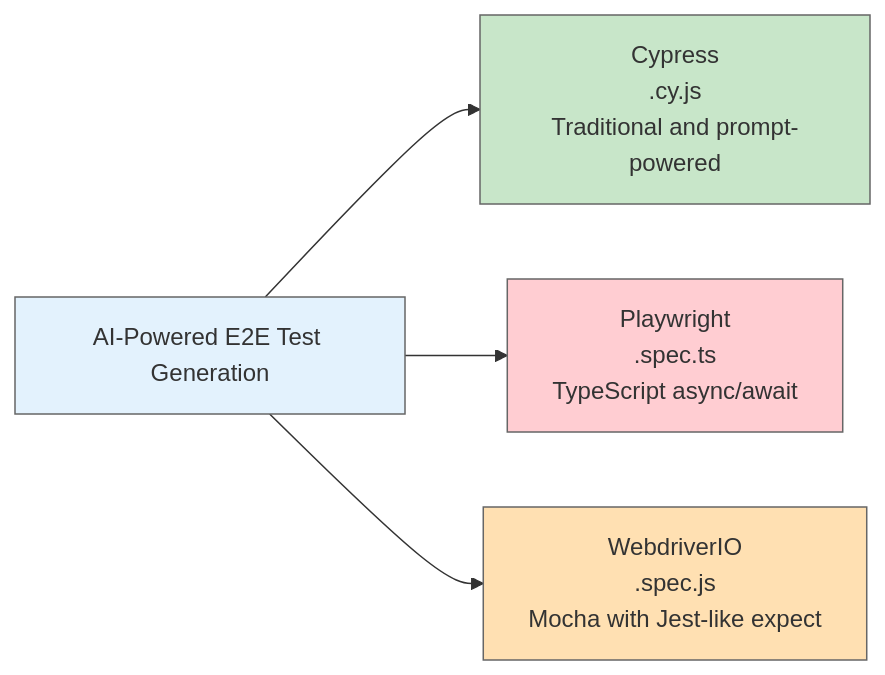
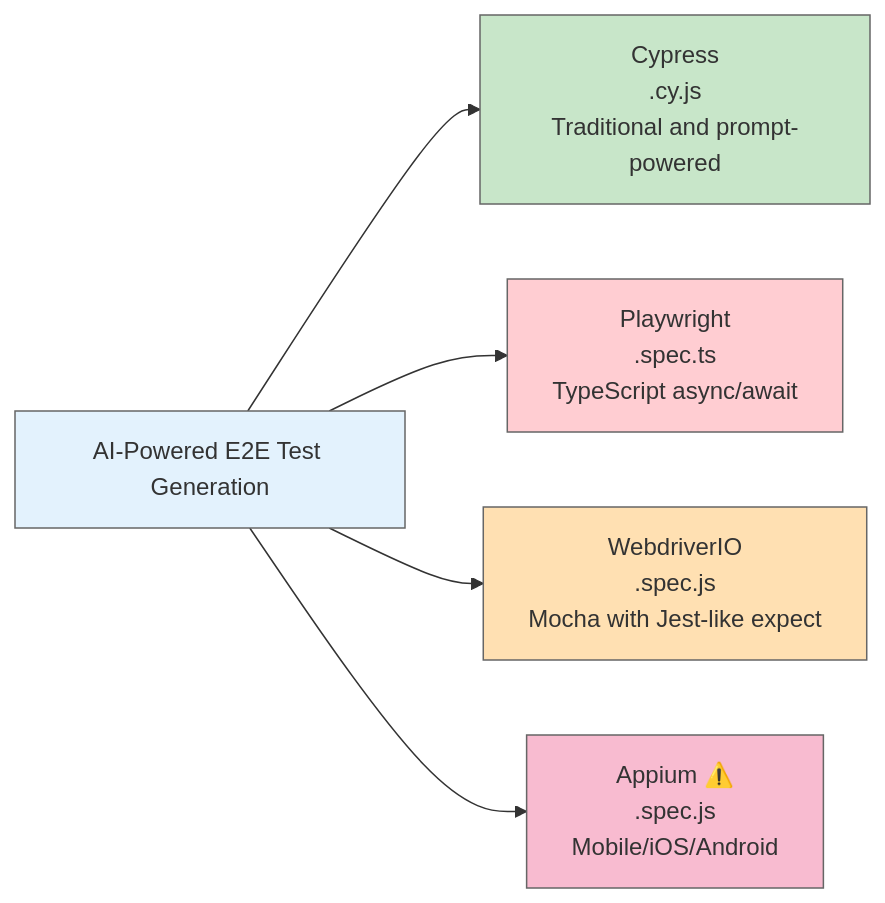
The first of 4 diagrams in README.md (aiqualitylab/ai-natural-language-tests), drawn with Mermaid before and after one commit. The commit also changed other lines of this file and 26 other files, not shown here.

First line of the commit message:
feat: add Appium mobile support (Experimental) v5.1.0

````diff
--- a/README.md
+++ b/README.md
@@ -89,12 +89,14 @@
 ```mermaid
 flowchart LR
   A[AI-Powered E2E Test Generation]
   A --> C[Cypress<br/>.cy.js<br/>Traditional and prompt-powered]
   A --> P[Playwright<br/>.spec.ts<br/>TypeScript async/await]
   A --> W[WebdriverIO<br/>.spec.js<br/>Mocha with Jest-like expect]
+  A --> M["Appium ⚠️<br/>.spec.js<br/>Mobile/iOS/Android"]
 
   style A fill:#e3f2fd,color:#333333,stroke:#666666
   style C fill:#c8e6c9,color:#333333,stroke:#666666
   style P fill:#ffcdd2,color:#333333,stroke:#666666
   style W fill:#ffe0b2,color:#333333,stroke:#666666
+  style M fill:#f8bbd0,color:#333333,stroke:#666666
 ```
````
